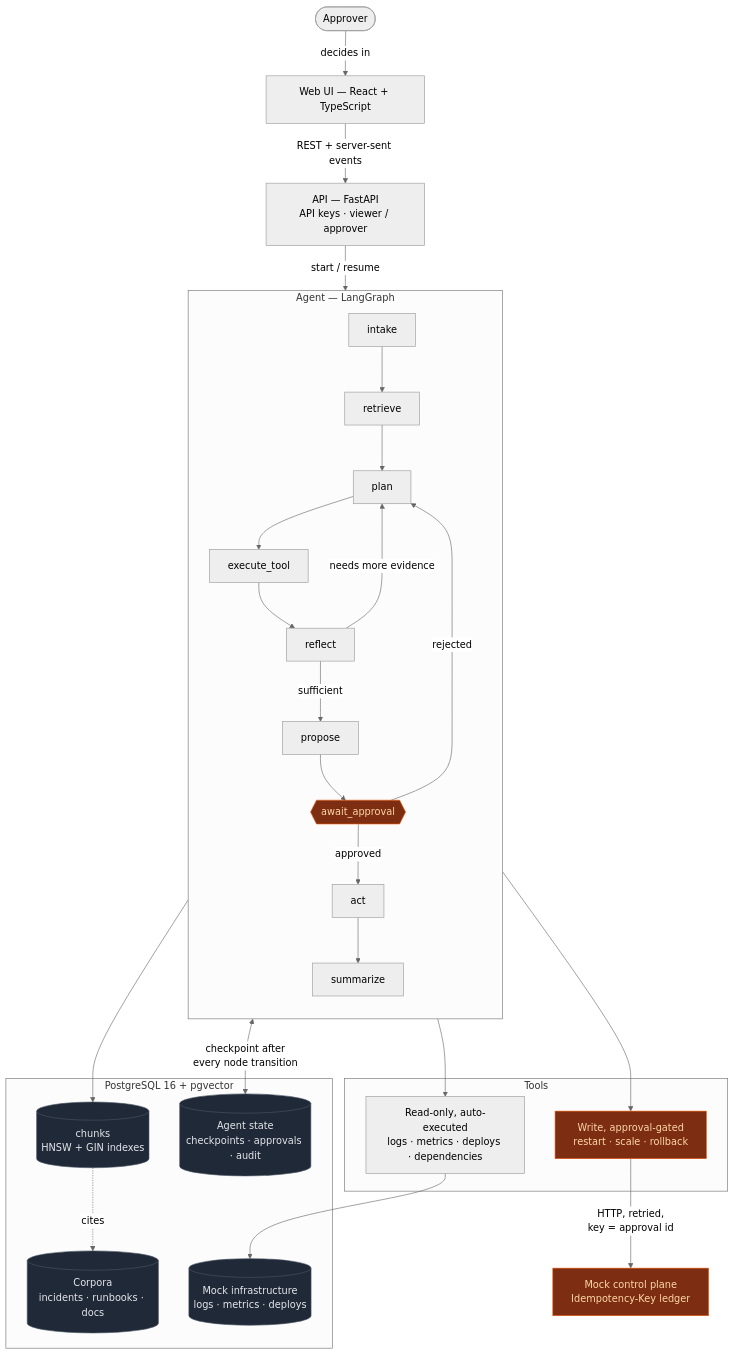
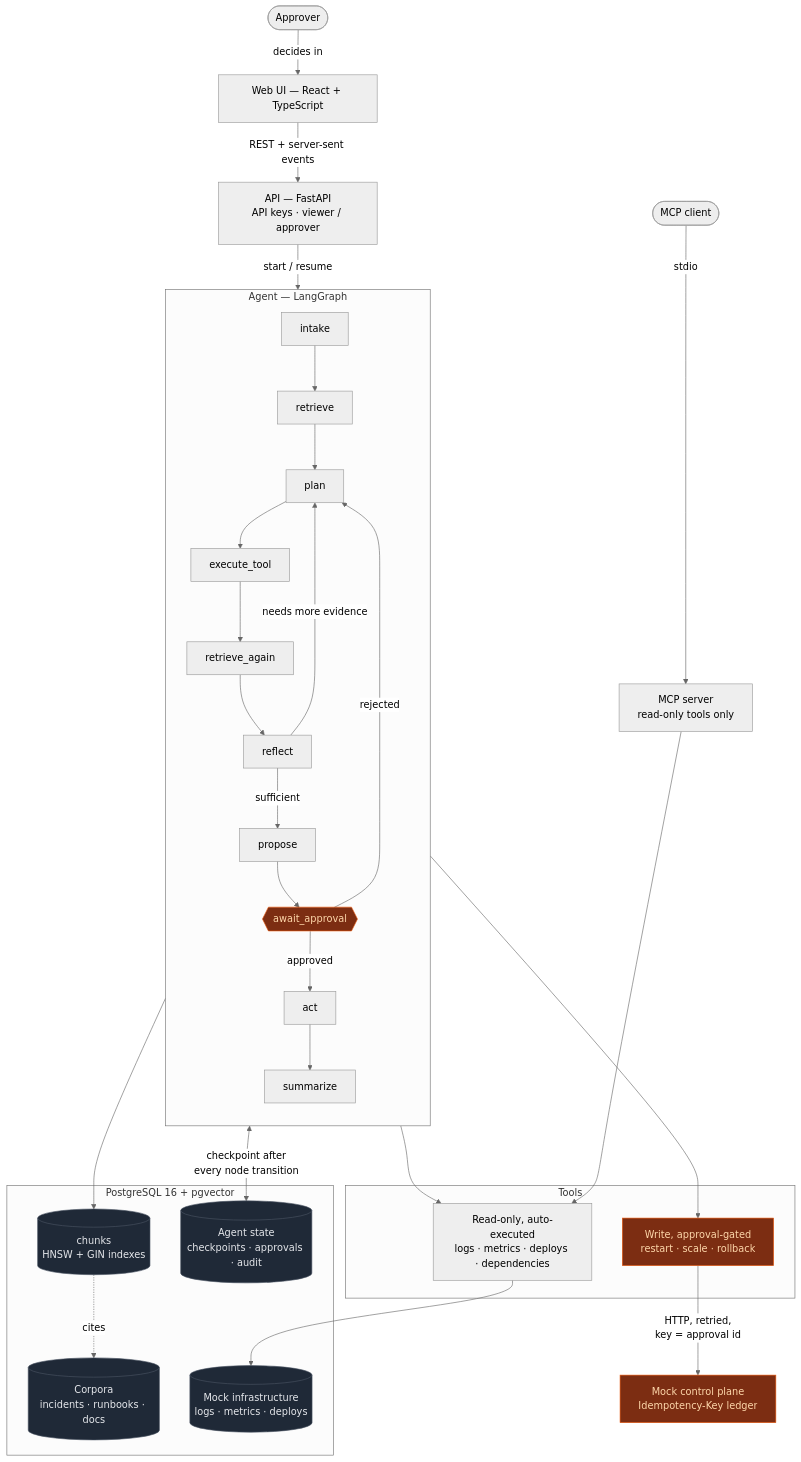
One commit to prachics/incidentiq changed the diagram in README.md. Above: the diagram before and after it, drawn with Mermaid (neutral theme). The commit also changed other lines of this file and 20 other files, not shown here.

````diff
--- a/README.md
+++ b/README.md
@@ -152,45 +159,47 @@
 ```mermaid
 graph TB
     subgraph agent["Agent — LangGraph"]
         direction TB
         N1[intake] --> N2[retrieve]
         N2 --> N3[plan]
         N3 --> N4[execute_tool]
-        N4 --> N5[reflect]
+        N4 --> N4b[retrieve_again]
+        N4b --> N5[reflect]
         N5 -->|needs more evidence| N3
         N5 -->|sufficient| N6[propose]
         N6 --> N7{{await_approval}}
         N7 -->|approved| N8[act]
         N7 -->|rejected| N3
         N8 --> N9[summarize]
     end
 
     subgraph tools["Tools"]
         RO[Read-only, auto-executed<br/>logs · metrics · deploys · dependencies]
         WR[Write, approval-gated<br/>restart · scale · rollback]
     end
 
     subgraph data["PostgreSQL 16 + pgvector"]
         CORP[(Corpora<br/>incidents · runbooks · docs)]
         CHUNK[(chunks<br/>HNSW + GIN indexes)]
         STATE[(Agent state<br/>checkpoints · approvals · audit)]
         MOCK[(Mock infrastructure<br/>logs · metrics · deploys)]
     end
 
     API[API — FastAPI<br/>API keys · viewer / approver]
     UI[Web UI — React + TypeScript] -->|REST + server-sent events| API
     HUMAN([Approver]) -->|decides in| UI
     CP[Mock control plane<br/>Idempotency-Key ledger]
 
     API -->|start / resume| N1
     N2 --> CHUNK
     CHUNK -.cites.-> CORP
     N4 --> RO --> MOCK
     N8 --> WR -->|HTTP, retried,<br/>key = approval id| CP
+    MCPC([MCP client]) -->|stdio| MCPS[MCP server<br/>read-only tools only] --> RO
     agent <-->|checkpoint after<br/>every node transition| STATE
 
     classDef store fill:#1f2937,stroke:#4b5563,color:#e5e7eb
     classDef gate fill:#7c2d12,stroke:#ea580c,color:#fed7aa
     class CORP,CHUNK,STATE,MOCK store
     class N7,WR,CP gate
 ```
````
